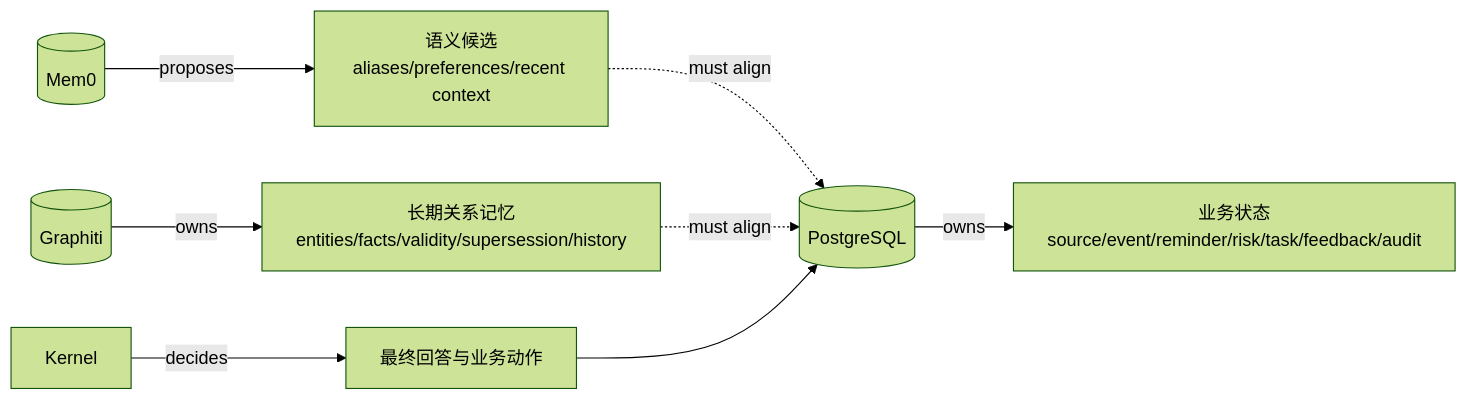
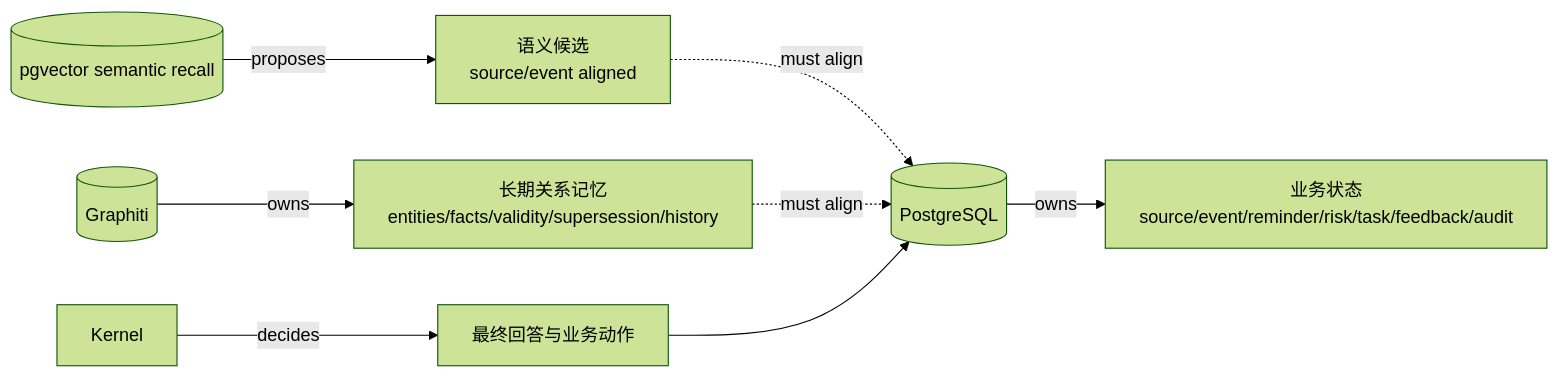
Before and after one commit to archpeng/goldmem: the second of 5 diagrams in docs/current-capabilities-and-architecture.md, drawn with Mermaid (forest theme). The commit also changed other lines of this file and 56 other files, not shown here.

Commit message:
Replace Mem0 with pgvector semantic recall

````diff
--- a/docs/current-capabilities-and-architecture.md
+++ b/docs/current-capabilities-and-architecture.md
@@ -66,11 +66,11 @@
 ```mermaid
 flowchart LR
   PG[(PostgreSQL)] -->|owns| Business[业务状态<br/>source/event/reminder/risk/task/feedback/audit]
   Graphiti[(Graphiti)] -->|owns| Relation[长期关系记忆<br/>entities/facts/validity/supersession/history]
-  Mem0[(Mem0)] -->|proposes| Recall[语义候选<br/>aliases/preferences/recent context]
+  Semantic[(pgvector semantic recall)] -->|proposes| Recall[语义候选<br/>source/event aligned]
   Kernel[Kernel] -->|decides| Answer[最终回答与业务动作]
 
   Recall -. must align .-> PG
   Relation -. must align .-> PG
   Answer --> PG
 ```
````
